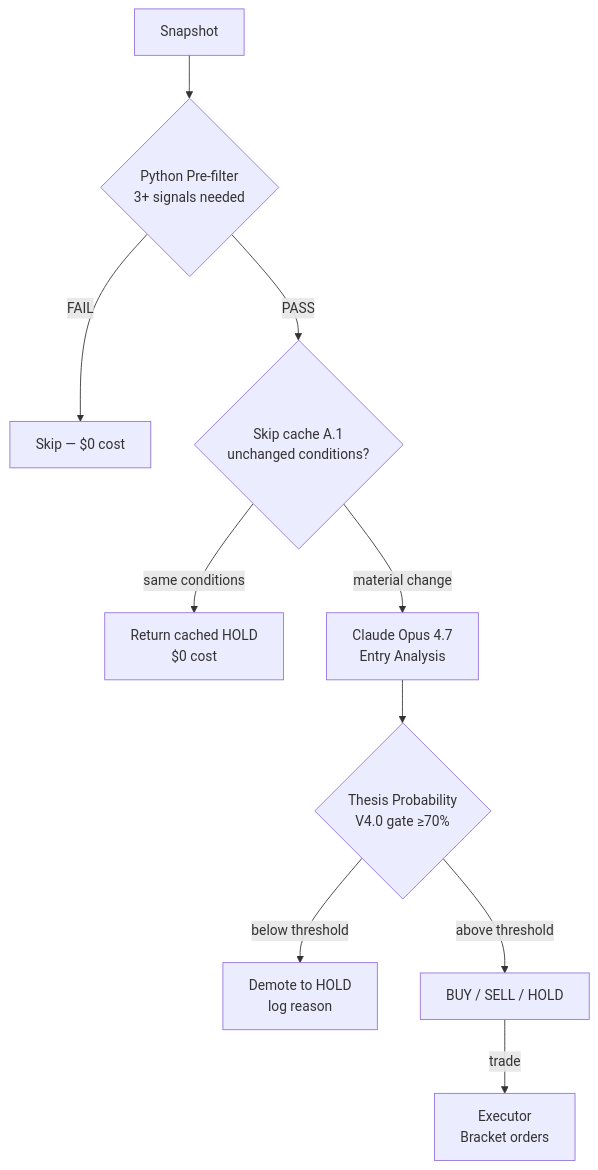
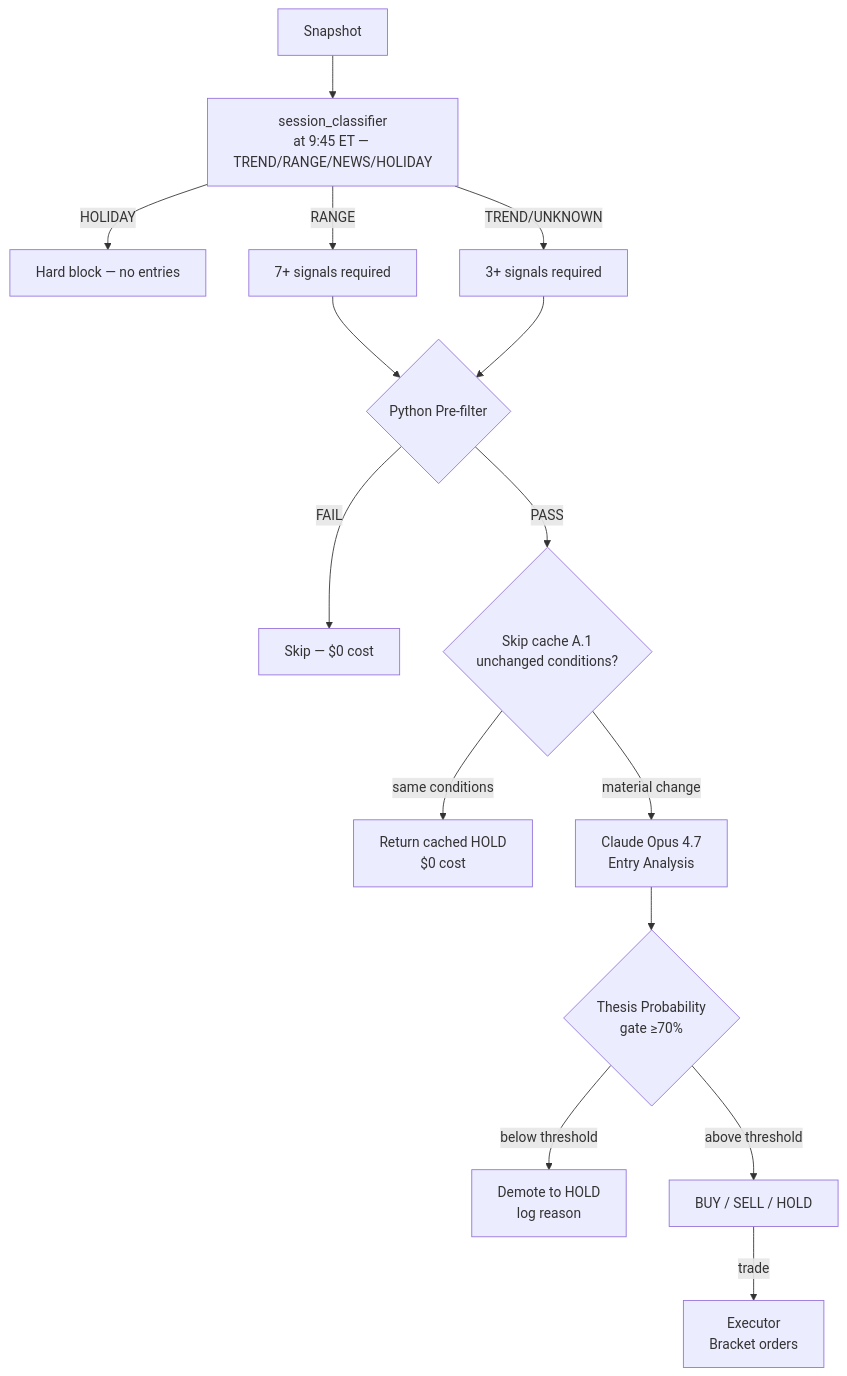
One commit to fgomecs/mnq-ai-trader changed the third of 7 diagrams in README.md. Above: the diagram before and after it, drawn with Mermaid. The commit also changed other lines of this file and 2 other files, not shown here.

````diff
--- a/README.md
+++ b/README.md
@@ -122,12 +125,16 @@
 ```mermaid
 flowchart TD
-    SNAP[Snapshot] --> PF{Python Pre-filter\n3+ signals needed}
+    SNAP[Snapshot] --> SC[session_classifier\nat 9:45 ET — TREND/RANGE/NEWS/HOLIDAY]
+    SC -->|HOLIDAY| BLOCK[Hard block — no entries]
+    SC -->|RANGE| HIGH[7+ signals required]
+    SC -->|TREND/UNKNOWN| NORMAL[3+ signals required]
+    HIGH & NORMAL --> PF{Python Pre-filter}
     PF -->|FAIL| SKIP[Skip — $0 cost]
     PF -->|PASS| CACHE{Skip cache A.1\nunchanged conditions?}
     CACHE -->|same conditions| HOLD0[Return cached HOLD\n$0 cost]
     CACHE -->|material change| OPUS[Claude Opus 4.7\nEntry Analysis]
-    OPUS --> PROB{Thesis Probability\nV4.0 gate ≥70%}
+    OPUS --> PROB{Thesis Probability\ngate ≥70%}
     PROB -->|below threshold| DEMOTE[Demote to HOLD\nlog reason]
     PROB -->|above threshold| DEC[BUY / SELL / HOLD]
     DEC -->|trade| EXEC[Executor\nBracket orders]
 ```
````
